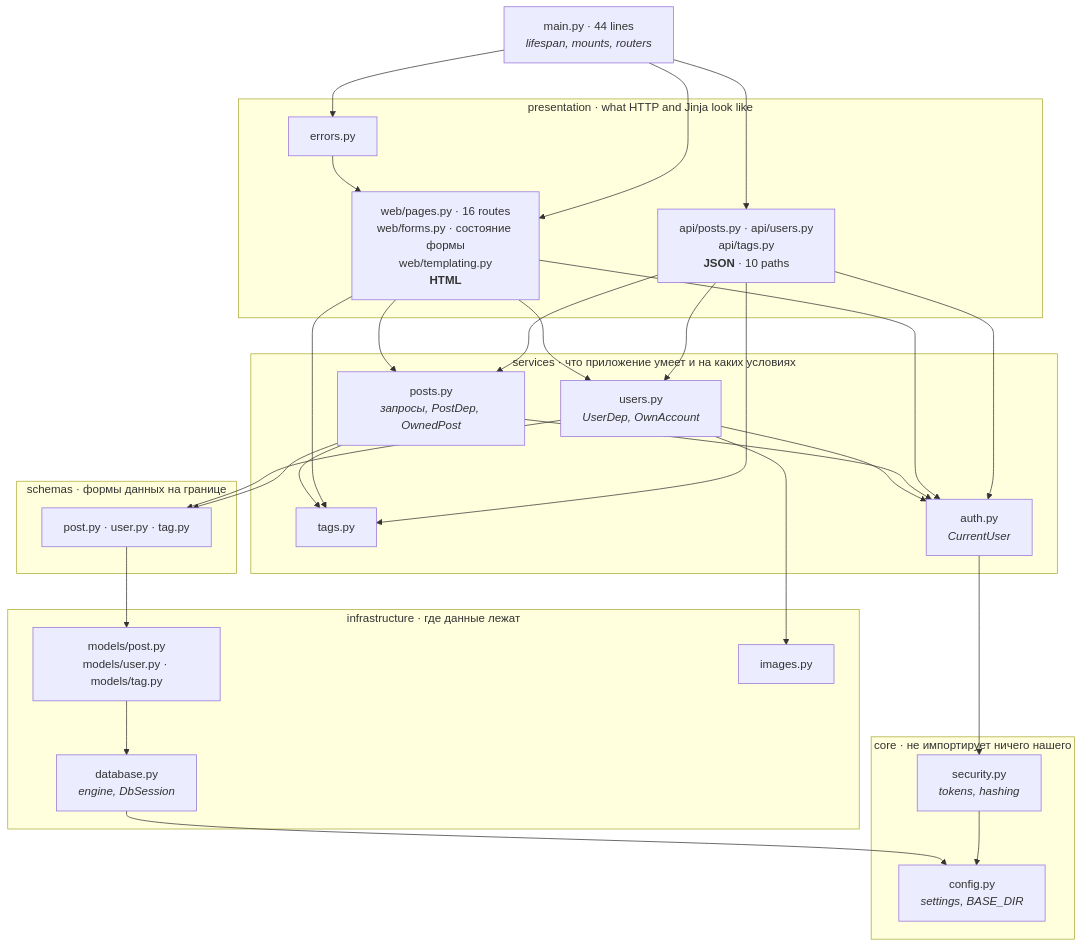
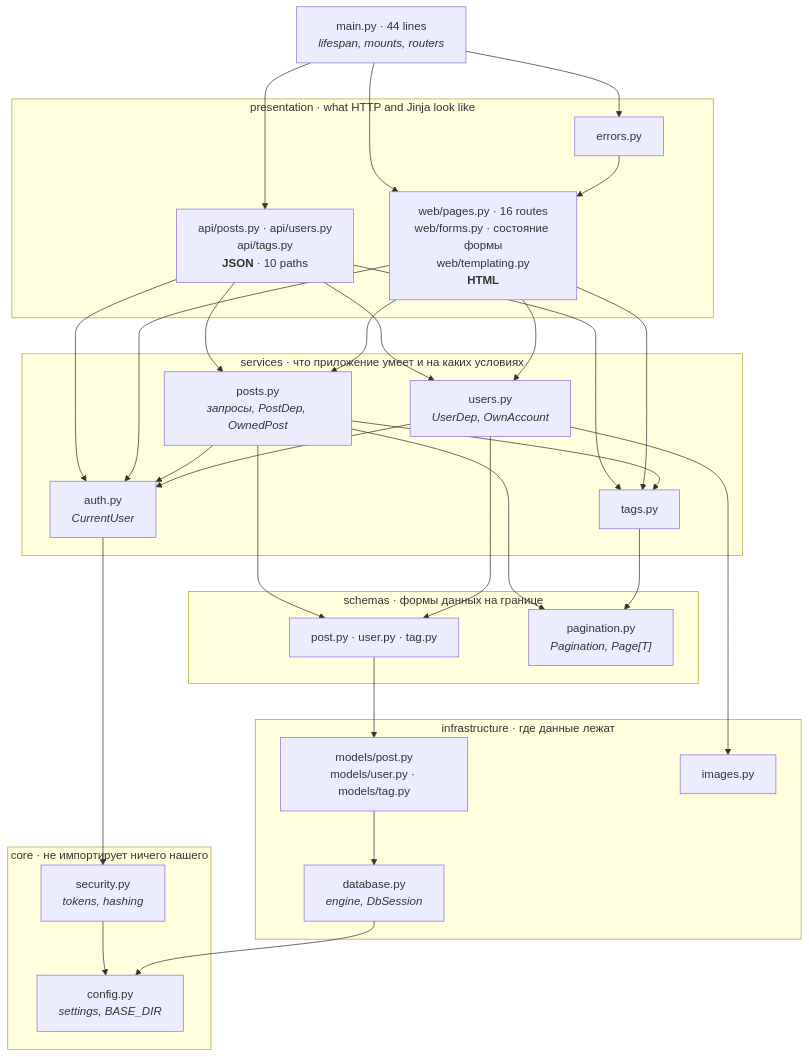
One commit to OstapchukIryna/fastapi-blog changed the first of 4 diagrams in docs/architecture.md. Above: the diagram before and after it, drawn with Mermaid. The commit also changed other lines of this file and 29 other files, not shown here.

````diff
--- a/docs/architecture.md
+++ b/docs/architecture.md
@@ -26,60 +26,63 @@
 ```mermaid
 graph TD
     main["main.py · 44 lines<br/><i>lifespan, mounts, routers</i>"]
 
     subgraph L4["presentation · what HTTP and Jinja look like"]
         pages["web/pages.py · 16 routes<br/>web/forms.py · состояние формы<br/>web/templating.py<br/><b>HTML</b>"]
         api["api/posts.py · api/users.py<br/>api/tags.py<br/><b>JSON</b> · 10 paths"]
         errors["errors.py"]
     end
 
     subgraph L3["services · что приложение умеет и на каких условиях"]
         s_posts["posts.py<br/><i>запросы, PostDep, OwnedPost</i>"]
         s_users["users.py<br/><i>UserDep, OwnAccount</i>"]
         s_tags["tags.py"]
         s_auth["auth.py<br/><i>CurrentUser</i>"]
     end
 
     subgraph L2["schemas · формы данных на границе"]
         schemas["post.py · user.py · tag.py"]
+        pagination["pagination.py<br/><i>Pagination, Page[T]</i>"]
     end
 
     subgraph L1["infrastructure · где данные лежат"]
         models["models/post.py<br/>models/user.py · models/tag.py"]
         database["database.py<br/><i>engine, DbSession</i>"]
         images["images.py"]
     end
 
     subgraph L0["core · не импортирует ничего нашего"]
         config["config.py<br/><i>settings, BASE_DIR</i>"]
         security["security.py<br/><i>tokens, hashing</i>"]
     end
 
     main --> pages
     main --> api
     main --> errors
 
     errors --> pages
     api --> s_posts
     api --> s_users
     api --> s_tags
     api --> s_auth
     pages --> s_posts
     pages --> s_users
     pages --> s_tags
     pages --> s_auth
 
     s_posts --> s_tags
     s_posts --> s_auth
     s_users --> s_auth
 
     s_posts --> schemas
+    s_posts --> pagination
+    s_tags --> pagination
     s_users --> schemas
     s_users --> images
     s_auth --> security
 
     schemas --> models
     models --> database
     security --> config
     database --> config
 ```
````
